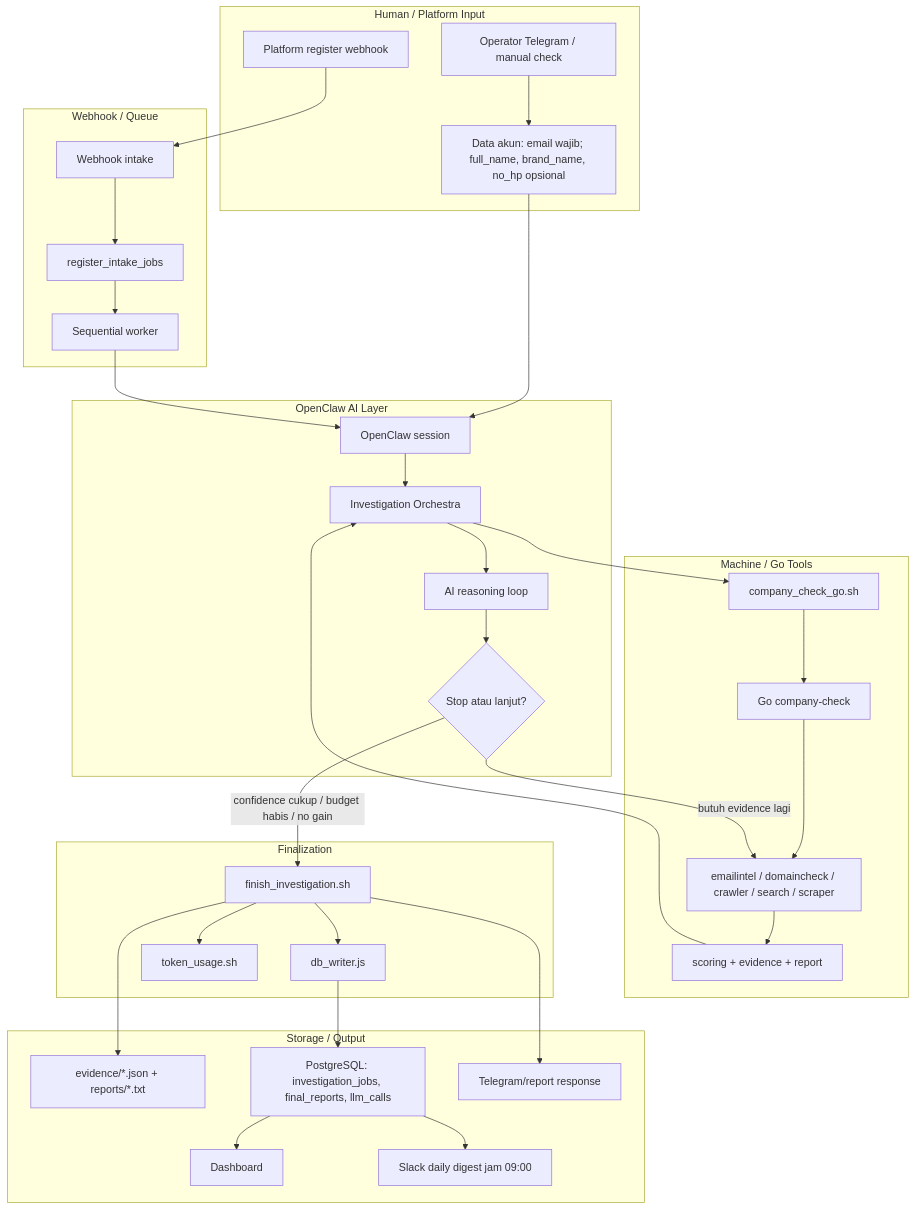
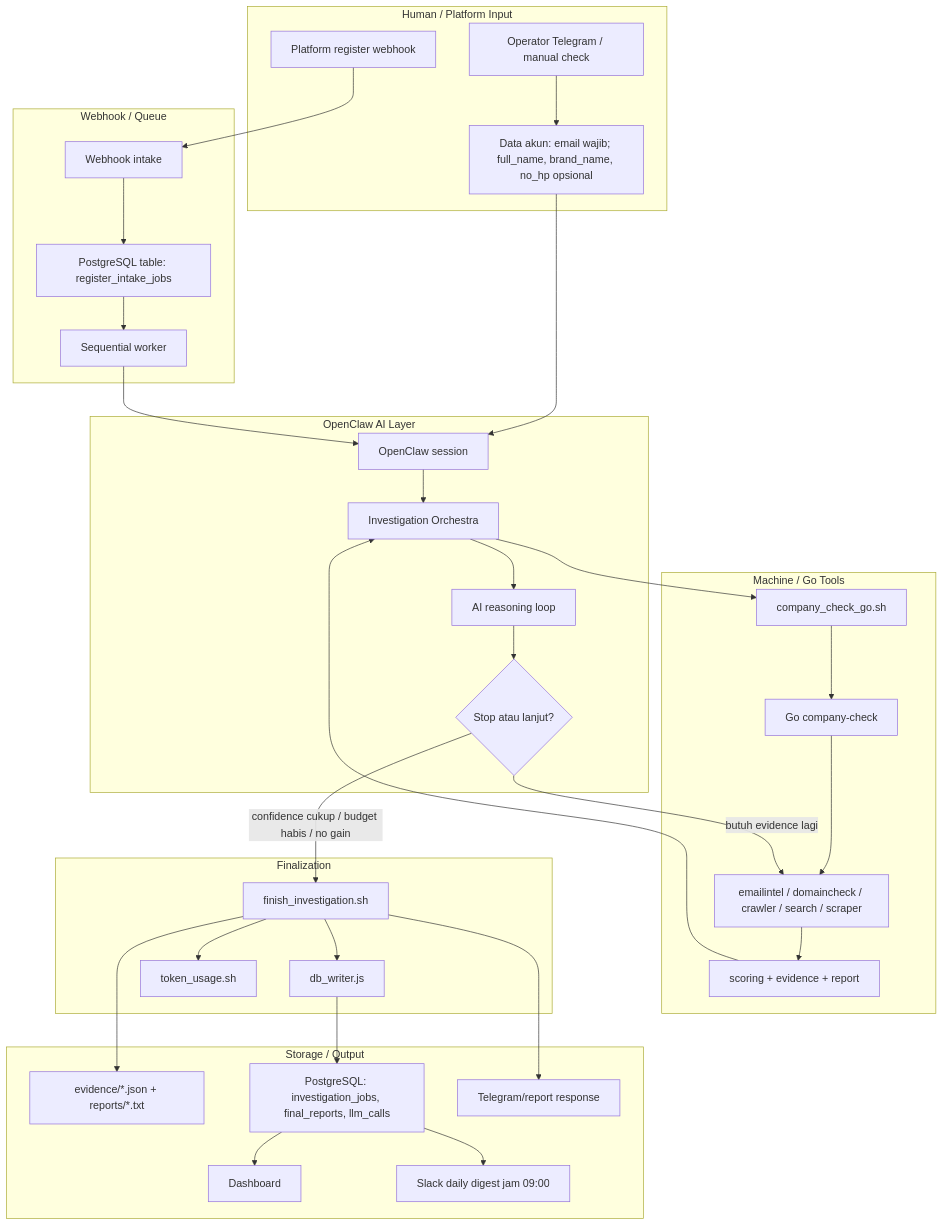
One commit to nunutech40/company-detector-bot changed the second of 8 diagrams in docs/technical/FLOW_MAP.md. Above: the diagram before and after it, drawn with Mermaid. The commit also changed other lines of this file and 5 other files, not shown here.

````diff
--- a/docs/technical/FLOW_MAP.md
+++ b/docs/technical/FLOW_MAP.md
@@ -170,54 +170,54 @@
 ```mermaid
 flowchart TB
   subgraph human["Human / Platform Input"]
     H1["Operator Telegram / manual check"]
     H2["Platform register webhook"]
     H3["Data akun: email wajib; full_name, brand_name, no_hp opsional"]
   end
 
   subgraph intake["Webhook / Queue"]
     Q1["Webhook intake"]
-    Q2["register_intake_jobs"]
+    Q2["PostgreSQL table: register_intake_jobs"]
     Q3["Sequential worker"]
   end
 
   subgraph openclaw["OpenClaw AI Layer"]
     O1["OpenClaw session"]
     O2["Investigation Orchestra"]
     O3["AI reasoning loop"]
     O4{"Stop atau lanjut?"}
   end
 
   subgraph machine["Machine / Go Tools"]
     G1["company_check_go.sh"]
     G2["Go company-check"]
     G3["emailintel / domaincheck / crawler / search / scraper"]
     G4["scoring + evidence + report"]
   end
 
   subgraph finalization["Finalization"]
     F1["finish_investigation.sh"]
     F2["db_writer.js"]
     F3["token_usage.sh"]
   end
 
   subgraph output["Storage / Output"]
     S1["evidence/*.json + reports/*.txt"]
     S2["PostgreSQL: investigation_jobs, final_reports, llm_calls"]
     S3["Dashboard"]
     S4["Slack daily digest jam 09:00"]
     S5["Telegram/report response"]
   end
 
   H1 --> H3 --> O1
   H2 --> Q1 --> Q2 --> Q3 --> O1
   O1 --> O2 --> G1 --> G2 --> G3 --> G4 --> O2
   O2 --> O3 --> O4
   O4 -- "butuh evidence lagi" --> G3
   O4 -- "confidence cukup / budget habis / no gain" --> F1
   F1 --> S1
   F1 --> F2 --> S2 --> S3
   F1 --> F3
   F1 --> S5
   S2 --> S4
 ```
````
